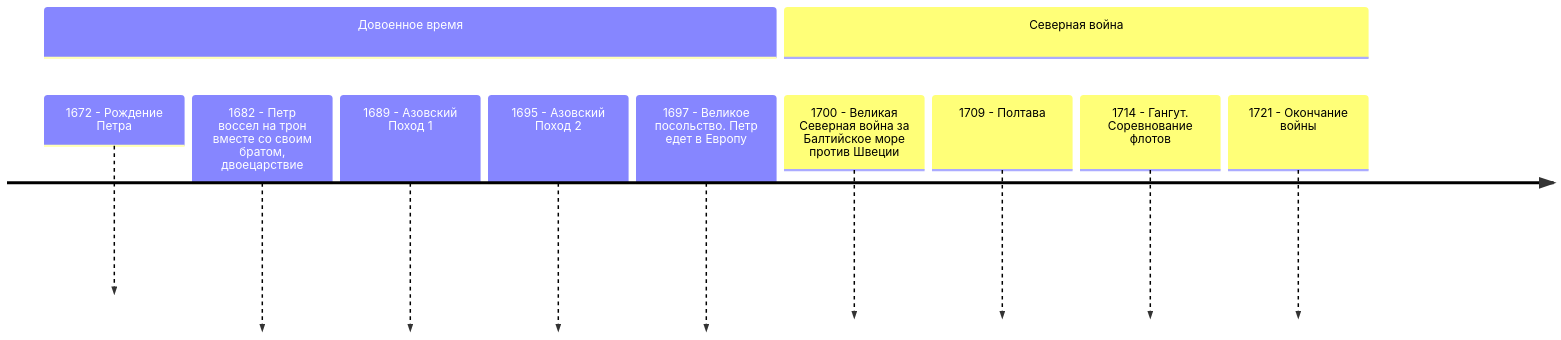
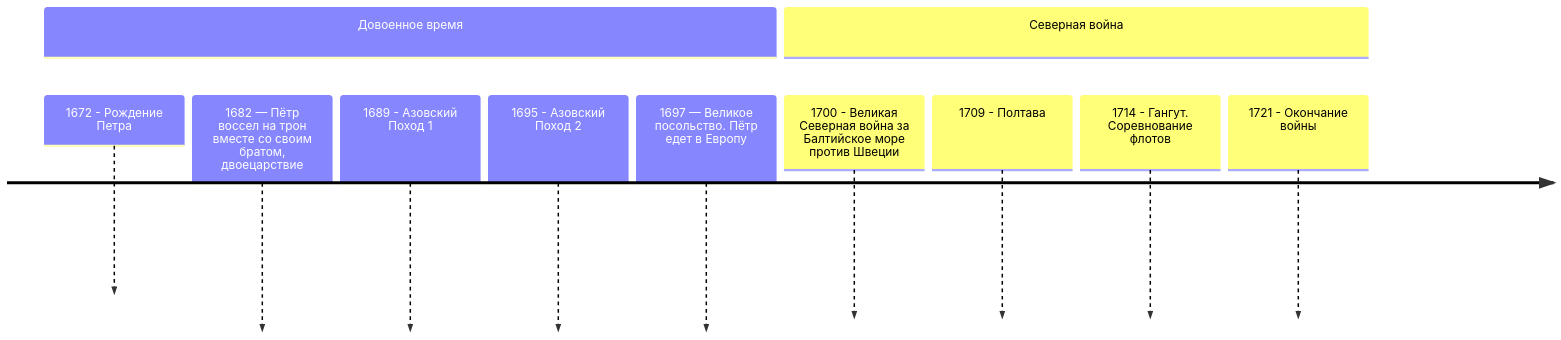
One commit to wesdyqq/study-sync changed the second of 2 diagrams in Учеба КНИТУ/История России/Конспекты лекций/История России 31.10.26.md. Above: the diagram before and after it, drawn with Mermaid. The commit also changed other lines of this file and 5 other files, not shown here.

````diff
--- a/Учеба КНИТУ/История России/Конспекты лекций/История России 31.10.26.md
+++ b/Учеба КНИТУ/История России/Конспекты лекций/История России 31.10.26.md
@@ -39,16 +39,16 @@
 ```mermaid
 timeline 
-Section Довоенное время
+section Довоенное время
 	1672 - Рождение Петра
-	1682 - Петр воссел на трон вместе со своим братом, двоецарствие
+	1682 — Пётр воссел на трон вместе со своим братом, двоецарствие
 	1689 - Азовский Поход 1
 	1695 - Азовский Поход 2
-	1697 - Великое посольство. Петр едет в Европу
-Section Северная война
+	1697 — Великое посольство. Пётр едет в Европу
+section Северная война
 	1700 - Великая Северная война за Балтийское море против Швеции
 	1709 - Полтава
 	1714 - Гангут. Соревнование флотов
 	1721 - Окончание войны
 	
 
 ```
````
